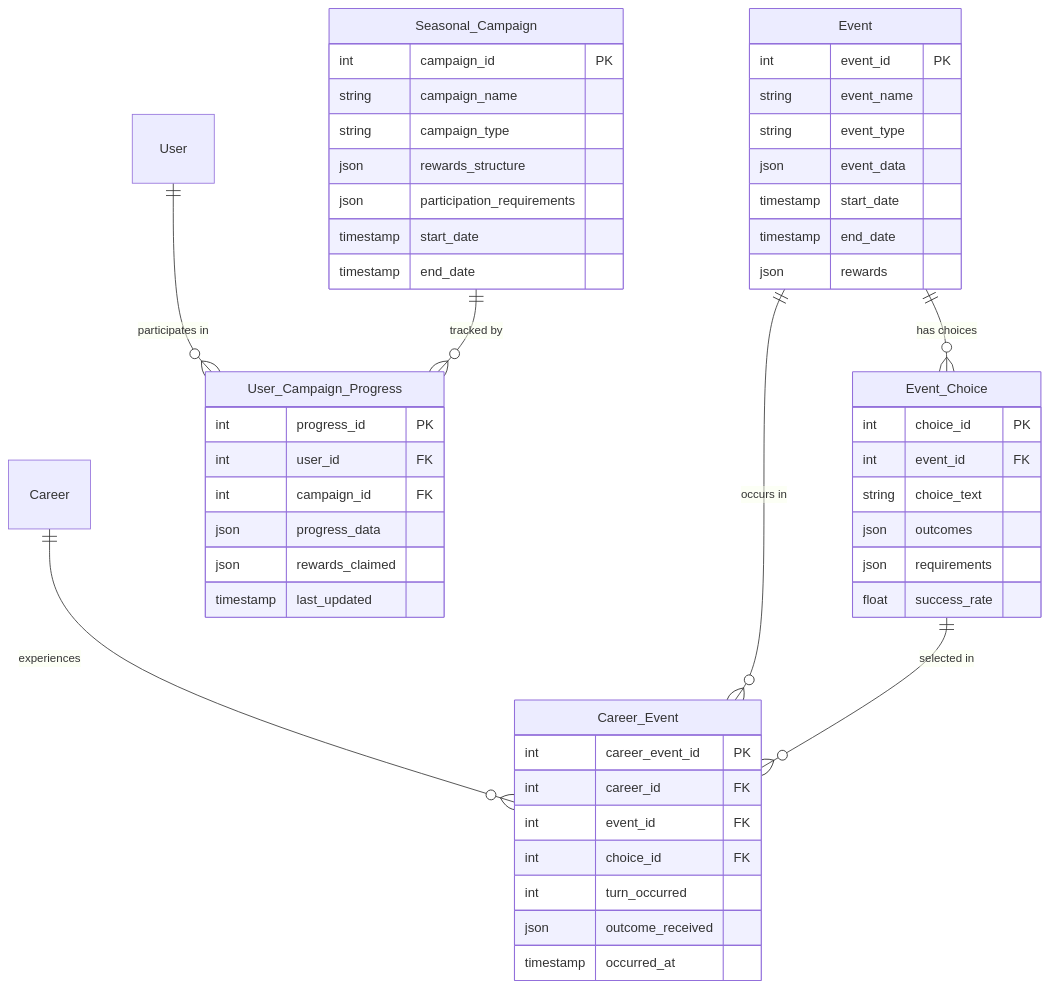
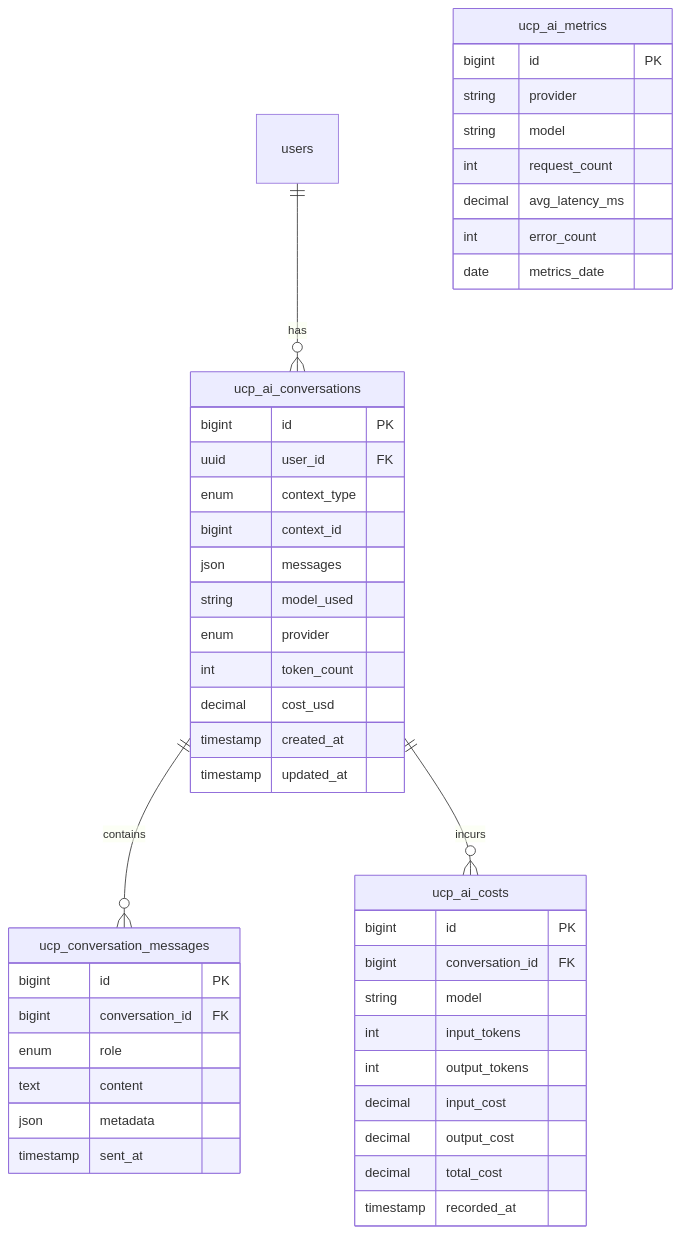
Before and after one commit to exatfrds67/umamusume-career-planner: the tenth of 13 diagrams in docs/01-diagrams/entity-relationship-diagram.md, drawn with Mermaid. The commit also changed other lines of this file and 67 other files, not shown here.

````diff
--- a/docs/01-diagrams/entity-relationship-diagram.md
+++ b/docs/01-diagrams/entity-relationship-diagram.md
@@ -481,57 +611,51 @@
 ```mermaid
 erDiagram
-    Event {
-        int event_id PK
-        string event_name
-        string event_type
-        json event_data
-        timestamp start_date
-        timestamp end_date
-        json rewards
+    users ||--o{ ucp_ai_conversations : has
+    ucp_ai_conversations ||--o{ ucp_conversation_messages : contains
+    ucp_ai_conversations ||--o{ ucp_ai_costs : incurs
+    
+    ucp_ai_conversations {
+        bigint id PK
+        uuid user_id FK
+        enum context_type
+        bigint context_id
+        json messages
+        string model_used
+        enum provider
+        int token_count
+        decimal cost_usd
+        timestamp created_at
+        timestamp updated_at
     }
-
-    Event_Choice {
-        int choice_id PK
-        int event_id FK
-        string choice_text
-        json outcomes
-        json requirements
-        float success_rate
+    
+    ucp_conversation_messages {
+        bigint id PK
+        bigint conversation_id FK
+        enum role
+        text content
+        json metadata
+        timestamp sent_at
     }
-
-    Career_Event {
-        int career_event_id PK
-        int career_id FK
-        int event_id FK
-        int choice_id FK
-        int turn_occurred
-        json outcome_received
-        timestamp occurred_at
+    
+    ucp_ai_costs {
+        bigint id PK
+        bigint conversation_id FK
+        string model
+        int input_tokens
+        int output_tokens
+        decimal input_cost
+        decimal output_cost
+        decimal total_cost
+        timestamp recorded_at
     }
-
-    Seasonal_Campaign {
-        int campaign_id PK
-        string campaign_name
-        string campaign_type
-        json rewards_structure
-        json participation_requirements
-        timestamp start_date
-        timestamp end_date
+    
+    ucp_ai_metrics {
+        bigint id PK
+        string provider
+        string model
+        int request_count
+        decimal avg_latency_ms
+        int error_count
+        date metrics_date
     }
-
-    User_Campaign_Progress {
-        int progress_id PK
-        int user_id FK
-        int campaign_id FK
-        json progress_data
-        json rewards_claimed
-        timestamp last_updated
-    }
-
-    Event ||--o{ Event_Choice : "has choices"
-    Career ||--o{ Career_Event : "experiences"
-    Event ||--o{ Career_Event : "occurs in"
-    Event_Choice ||--o{ Career_Event : "selected in"
-    User ||--o{ User_Campaign_Progress : "participates in"
-    Seasonal_Campaign ||--o{ User_Campaign_Progress : "tracked by"
 ```
````
